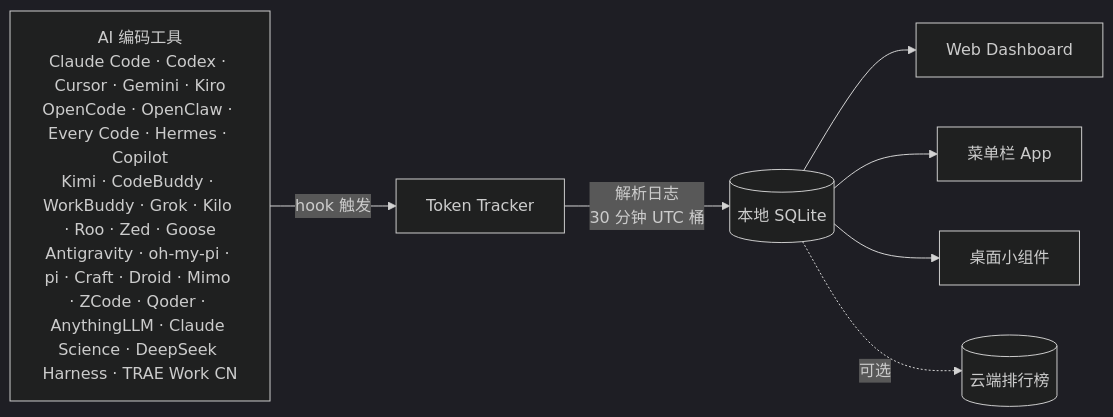
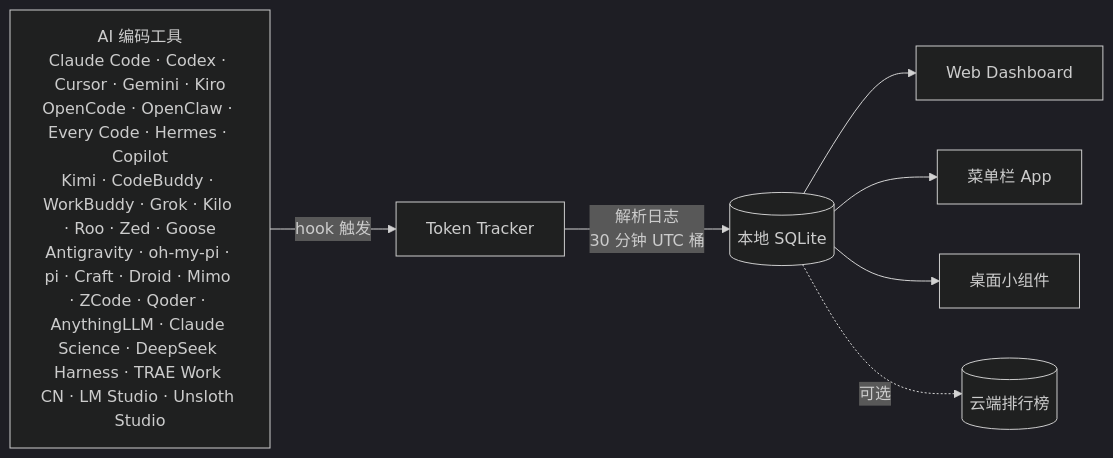
One commit to CrazyForks/TokenTracker changed the diagram in README.zh-CN.md. Above: the diagram before and after it, drawn with Mermaid (dark theme). The commit also changed other lines of this file and 31 other files, not shown here.

First line of the commit message:
Add LM Studio and Unsloth usage tracking (#552)

````diff
--- a/README.zh-CN.md
+++ b/README.zh-CN.md
@@ -235,10 +237,10 @@
 ```mermaid
 flowchart LR
-    A["AI 编码工具<br/>Claude Code · Codex · Cursor · Gemini · Kiro<br/>OpenCode · OpenClaw · Every Code · Hermes · Copilot<br/>Kimi · CodeBuddy · WorkBuddy · Grok · Kilo · Roo · Zed · Goose<br/>Antigravity · oh-my-pi · pi · Craft · Droid · Mimo · ZCode · Qoder · AnythingLLM · Claude Science · DeepSeek Harness · TRAE Work CN"]
+    A["AI 编码工具<br/>Claude Code · Codex · Cursor · Gemini · Kiro<br/>OpenCode · OpenClaw · Every Code · Hermes · Copilot<br/>Kimi · CodeBuddy · WorkBuddy · Grok · Kilo · Roo · Zed · Goose<br/>Antigravity · oh-my-pi · pi · Craft · Droid · Mimo · ZCode · Qoder · AnythingLLM · Claude Science · DeepSeek Harness · TRAE Work CN · LM Studio · Unsloth Studio"]
     A -->|hook 触发| B[Token Tracker]
     B -->|解析日志<br/>30 分钟 UTC 桶| C[(本地 SQLite)]
     C --> D[Web Dashboard]
     C --> E[菜单栏 App]
     C --> F[桌面小组件]
     C -.->|可选| G[(云端排行榜)]
 ```
````
